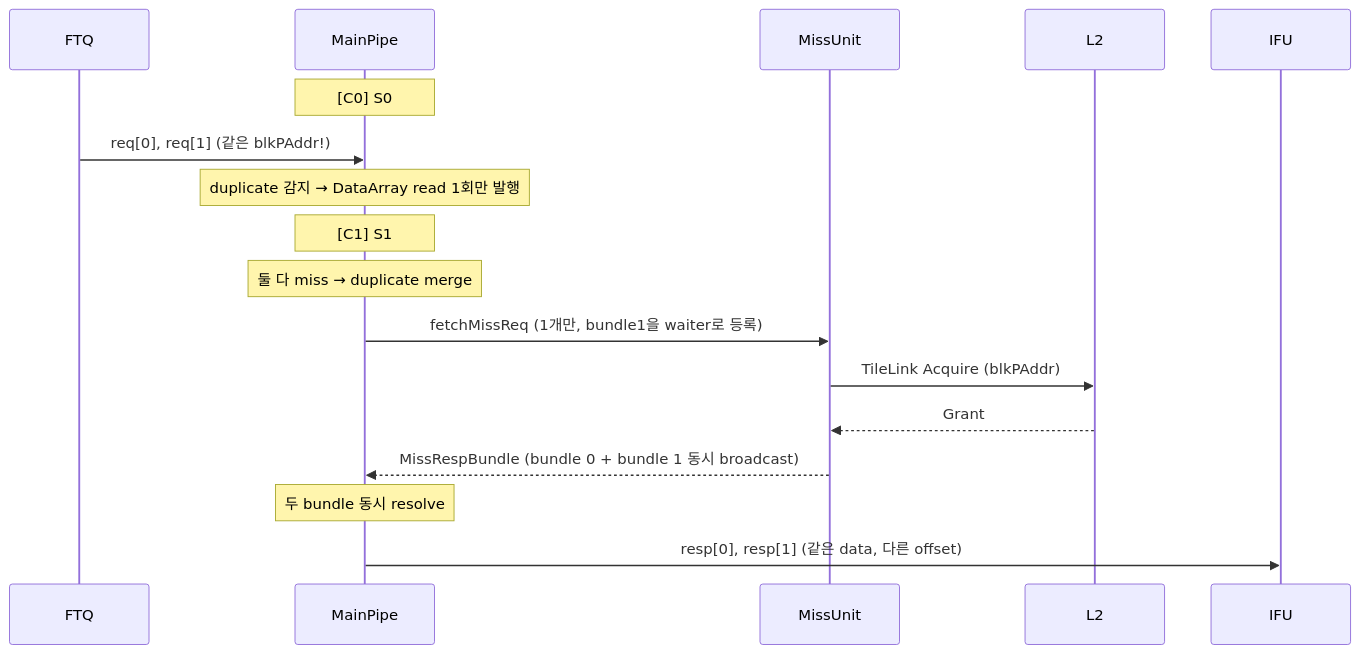
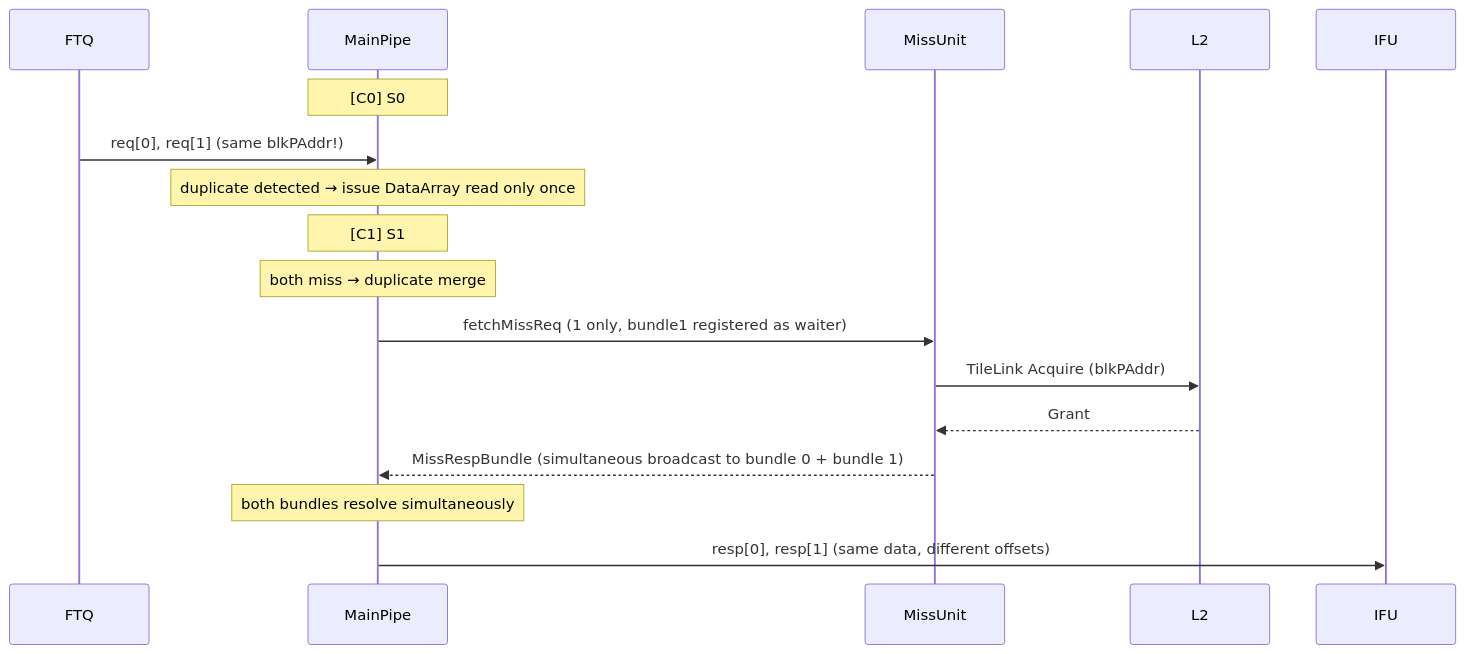
Before and after one commit to cinkeun/CPU_XS_02172026: the third of 4 diagrams in src/main/scala/xiangshan/frontend/doc/2fetch_icache_design_req.md, drawn with Mermaid. The commit also changed other lines of this file and 7 other files, not shown here.

````diff
--- a/src/main/scala/xiangshan/frontend/doc/2fetch_icache_design_req.md
+++ b/src/main/scala/xiangshan/frontend/doc/2fetch_icache_design_req.md
@@ -1107,23 +1114,23 @@
 ```mermaid
 sequenceDiagram
     participant FTQ
     participant MP as MainPipe
     participant MU as MissUnit
     participant L2
     participant IFU
 
     Note over MP: [C0] S0
-    FTQ ->> MP: req[0], req[1] (같은 blkPAddr!)
-    Note over MP: duplicate 감지 → DataArray read 1회만 발행
+    FTQ ->> MP: req[0], req[1] (same blkPAddr!)
+    Note over MP: duplicate detected → issue DataArray read only once
 
     Note over MP: [C1] S1
-    Note over MP: 둘 다 miss → duplicate merge
-    MP ->> MU: fetchMissReq (1개만, bundle1을 waiter로 등록)
+    Note over MP: both miss → duplicate merge
+    MP ->> MU: fetchMissReq (1 only, bundle1 registered as waiter)
 
     MU ->> L2: TileLink Acquire (blkPAddr)
     L2 -->> MU: Grant
-    MU -->> MP: MissRespBundle (bundle 0 + bundle 1 동시 broadcast)
+    MU -->> MP: MissRespBundle (simultaneous broadcast to bundle 0 + bundle 1)
 
-    Note over MP: 두 bundle 동시 resolve
-    MP ->> IFU: resp[0], resp[1] (같은 data, 다른 offset)
+    Note over MP: both bundles resolve simultaneously
+    MP ->> IFU: resp[0], resp[1] (same data, different offsets)
 ```
````
